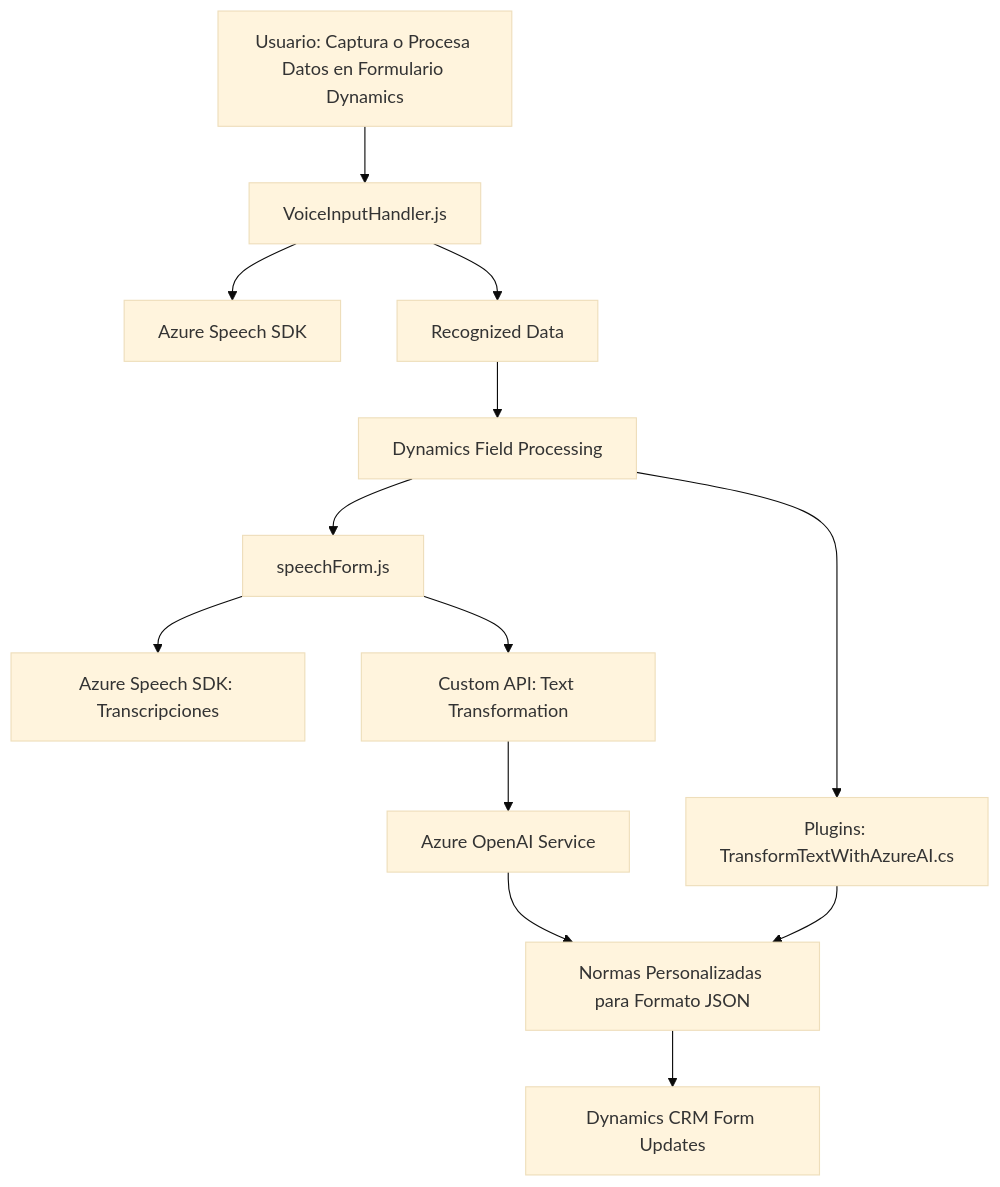
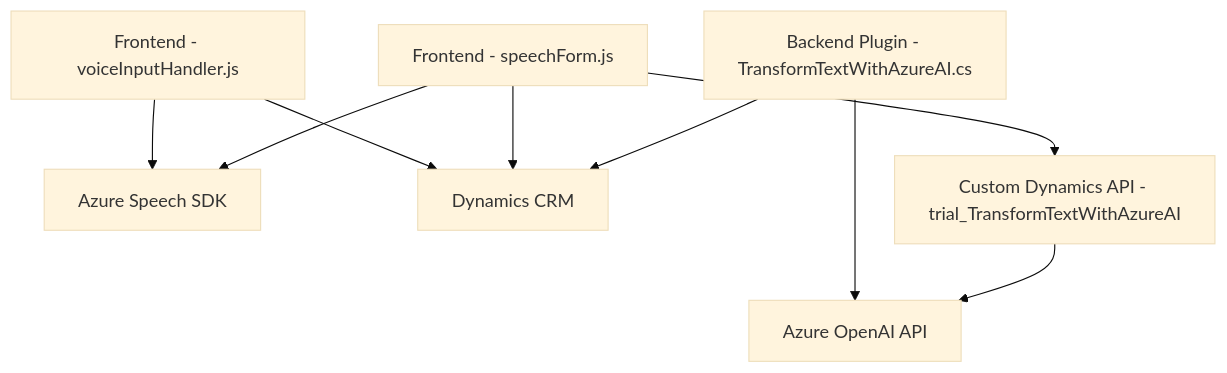
One commit to blopezdm/NETCORE_BILBAO2025 changed the diagram in README.md. Above: the diagram before and after it, drawn with Mermaid (base theme). The commit also changed other lines of this file, not shown here.

````diff
--- a/README.md
+++ b/README.md
@@ -40,15 +41,19 @@
 ```mermaid
 graph TD
-    A["Usuario: Captura o Procesa Datos en Formulario Dynamics"] --> B["VoiceInputHandler.js"]
-    B --> C["Azure Speech SDK"]
-    B --> D["Recognized Data"]
-    D --> E["Dynamics Field Processing"]
-    E --> F["speechForm.js"]
-    F --> G["Azure Speech SDK: Transcripciones"]
-    F --> H["Custom API: Text Transformation"]
-    H --> I["Azure OpenAI Service"]
-    I --> J["Normas Personalizadas para Formato JSON"]
-    E --> K["Plugins: TransformTextWithAzureAI.cs"]
-    K --> J
-    J --> L["Dynamics CRM Form Updates"]
+  A["Frontend - voiceInputHandler.js"]
+  B["Frontend - speechForm.js"]
+  C["Backend Plugin - TransformTextWithAzureAI.cs"]
+  D["Azure Speech SDK"]
+  E["Dynamics CRM"]
+  F["Azure OpenAI API"]
+  G["Custom Dynamics API - trial_TransformTextWithAzureAI"]
+
+  A --> D
+  B --> D
+  A --> E
+  B --> E
+  C --> F
+  C --> E
+  B --> G 
+  G --> F
 ```
````
